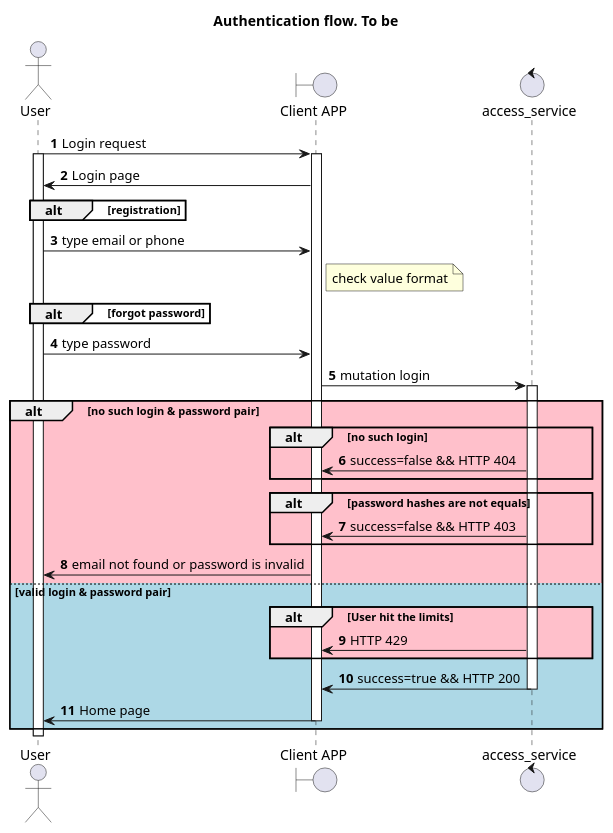
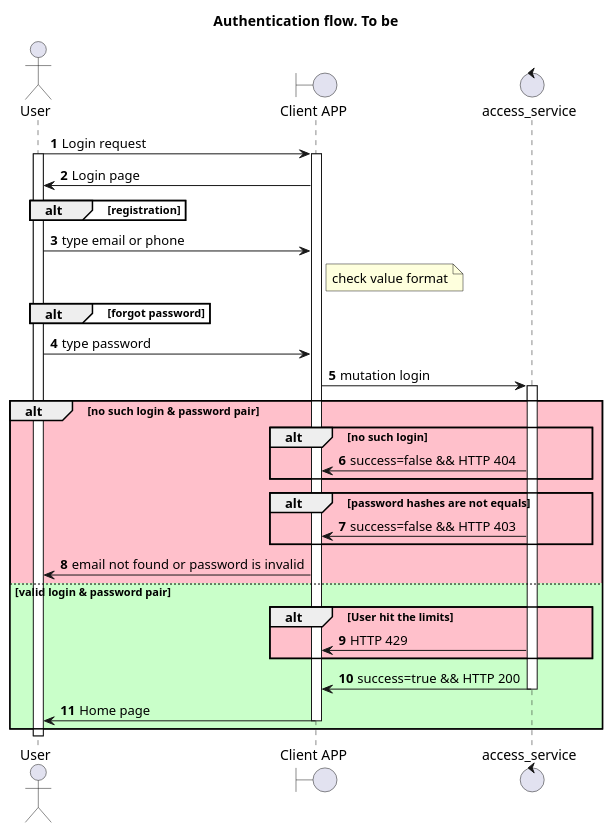
The diagram in schemas/Authentication_flow_as_to_be.puml (algruwork/work), drawn with PlantUML before and after one commit.

Commit message:
fix some style

```diff
--- a/schemas/Authentication_flow_as_to_be.puml
+++ b/schemas/Authentication_flow_as_to_be.puml
@@ -1,48 +1,48 @@
 @startuml
 title "Authentication flow. To be"
 
 actor User as U
 boundary "Client APP" as GUI
 control "access_service" as AC
 
 autonumber
 
 U -> GUI: Login request
 activate U
 activate GUI
 GUI -> U: Login page
 
 alt registration
 end
 U -> GUI: type email or phone
 note right GUI
 check value format
 end note
 alt forgot password
 end
 U -> GUI: type password
 GUI -> AC: mutation login
 activate AC
 
 
 alt #Pink no such login & password pair
 alt no such login
 AC -> GUI: success=false && HTTP 404
 end
 alt password hashes are not equals
 AC -> GUI: success=false && HTTP 403
 end
 GUI -> U: email not found or password is invalid
-else #LightBlue valid login & password pair
+else #Technology valid login & password pair
 
 alt #Pink User hit the limits
 AC -> GUI: HTTP 429
 end
 
 AC -> GUI: success=true && HTTP 200
 deactivate AC
 GUI -> U: Home page
 deactivate GUI
 end
 deactivate U
 @enduml
```
